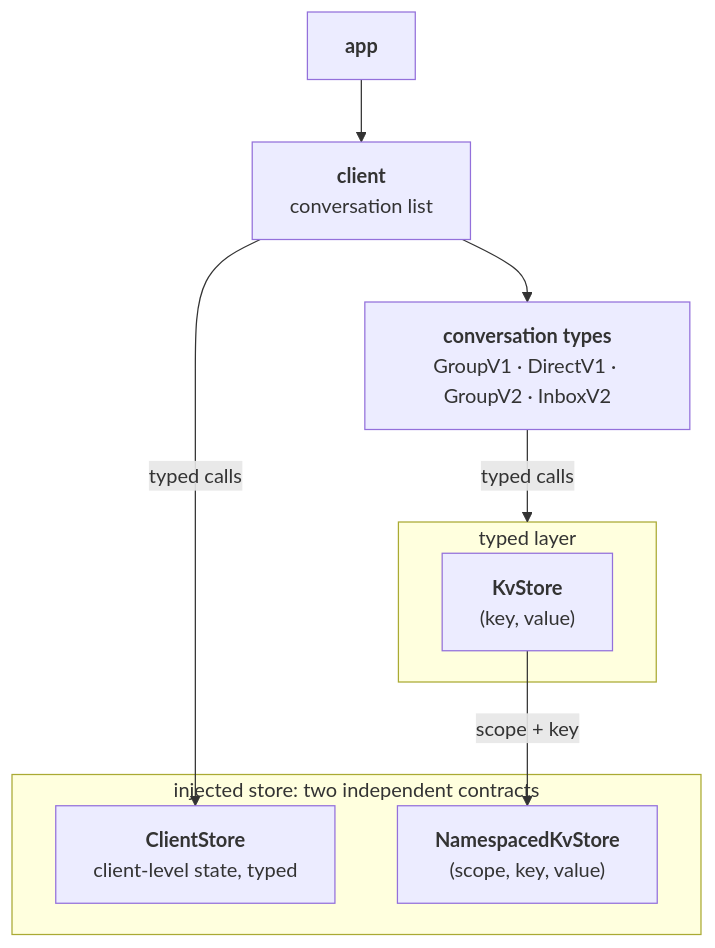
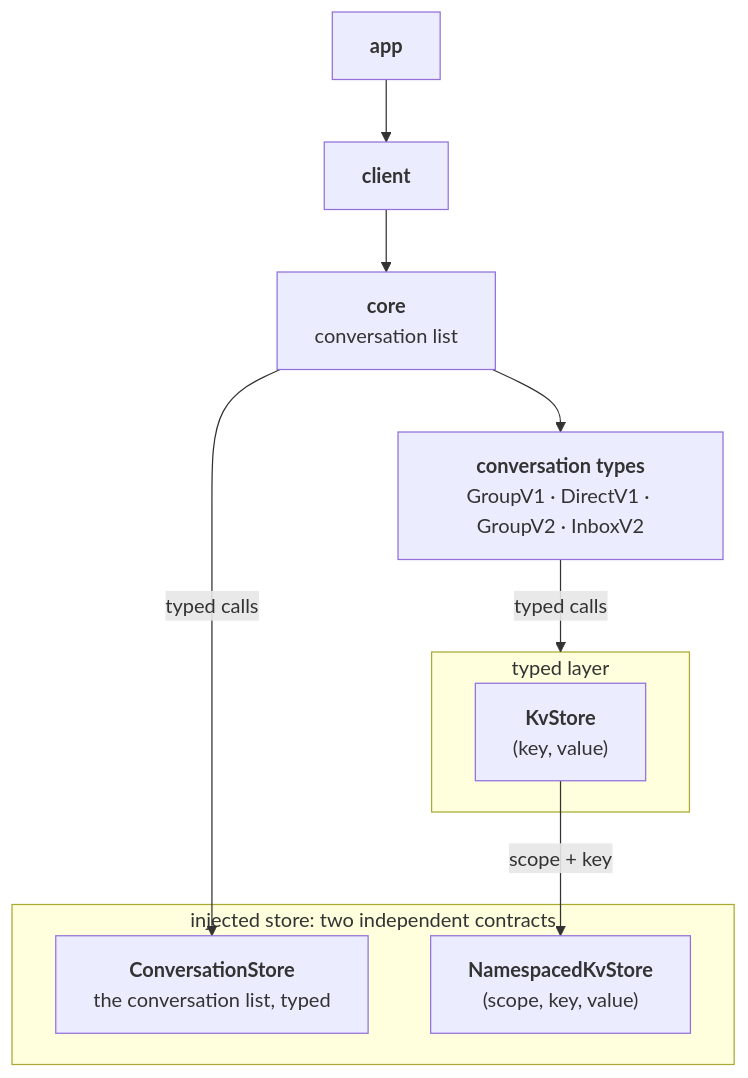
The diagram in docs/adr/0002-storage-architecture.md (logos-messaging/logos-chat), drawn with Mermaid before and after one commit. The commit also changed other lines of this file, not shown here.

First line of the commit message:
docs(adr): the conversation list is the core's

````diff
--- a/docs/adr/0002-storage-architecture.md
+++ b/docs/adr/0002-storage-architecture.md
@@ -29,21 +29,23 @@
 ```mermaid
 flowchart TB
     App["<b>app</b>"]
-    Client["<b>client</b><br/>conversation list"]
+    Client["<b>client</b>"]
+    Core["<b>core</b><br/>conversation list"]
     Types["<b>conversation types</b><br/>GroupV1 · DirectV1 · GroupV2 · InboxV2"]
 
     subgraph Typed["typed layer"]
         KV["<b>KvStore</b><br/>(key, value)"]
     end
 
     subgraph Store["injected store: two independent contracts"]
-        CS["<b>ClientStore</b><br/>client-level state, typed"]
+        CS["<b>ConversationStore</b><br/>the conversation list, typed"]
         NKV["<b>NamespacedKvStore</b><br/>(scope, key, value)"]
     end
 
     App --> Client
-    Client --> Types
-    Client -- "typed calls" --> CS
+    Client --> Core
+    Core --> Types
+    Core -- "typed calls" --> CS
     Types -- "typed calls" --> Typed
     KV -- "scope + key" --> NKV
 ```
````
